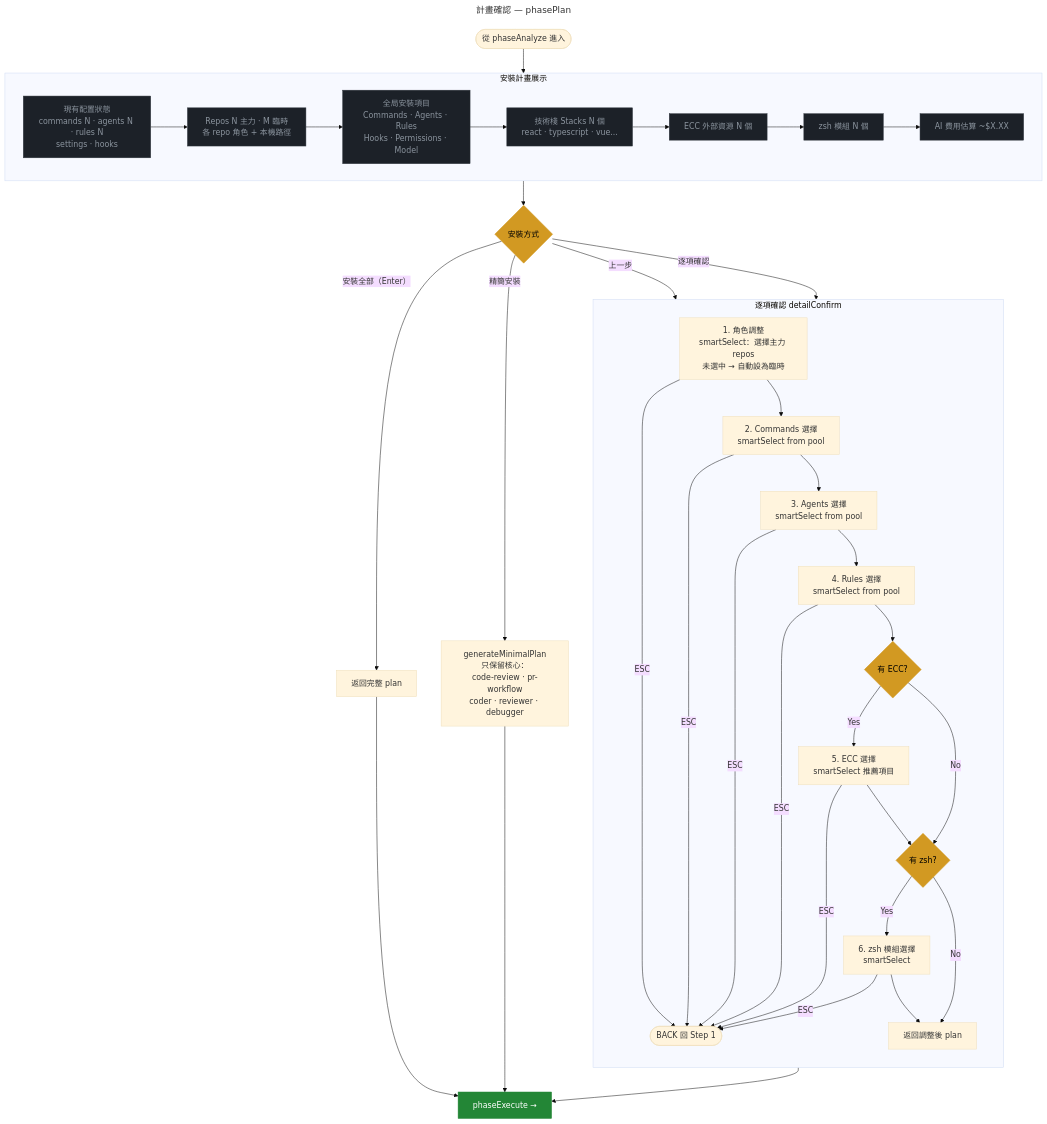
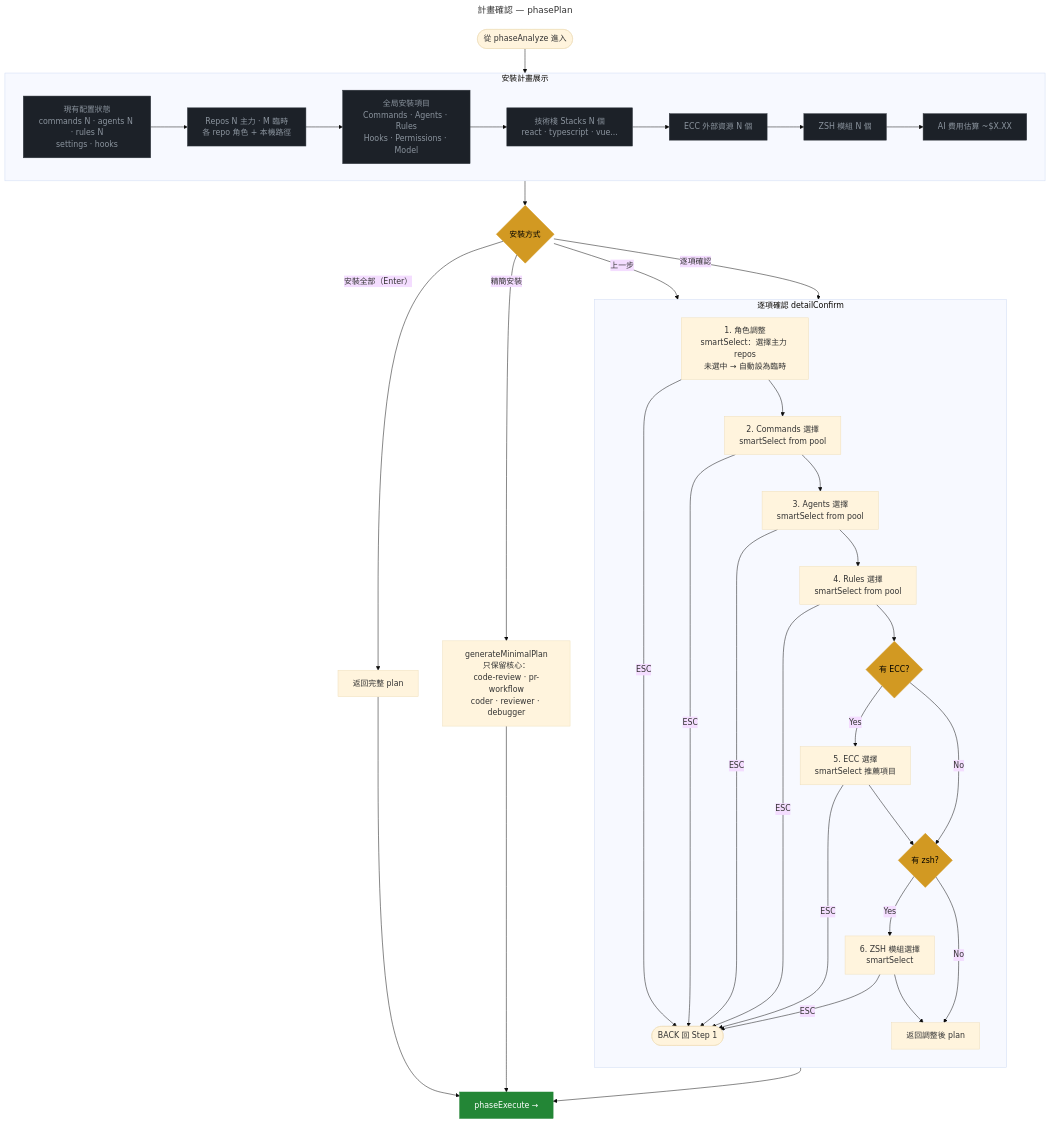
Before and after one commit to AlvinBian/ab-dotfiles: the diagram in docs/flows/phase-plan.mmd, drawn with Mermaid (base theme). The commit also changed 16 other files, not shown here.

```diff
--- a/docs/flows/phase-plan.mmd
+++ b/docs/flows/phase-plan.mmd
@@ -1,61 +1,61 @@
 ---
 title: 計畫確認 — phasePlan
 description: 展示安裝計畫 + 安裝全部/逐項確認/精簡安裝 三種模式
 links:
   - setup-main: 返回主流程
   - phase-execute: 進入安裝
 ---
 flowchart TD
     Entry([從 phaseAnalyze 進入]) --> Display
 
     subgraph Display ["安裝計畫展示"]
         D1["現有配置狀態<br/>commands N · agents N · rules N<br/>settings · hooks"]
         D1 --> D2["Repos N 主力 · M 臨時<br/>各 repo 角色 + 本機路徑"]
         D2 --> D3["全局安裝項目<br/>Commands · Agents · Rules<br/>Hooks · Permissions · Model"]
         D3 --> D4["技術棧 Stacks N 個<br/>react · typescript · vue..."]
         D4 --> D5["ECC 外部資源 N 個"]
-        D5 --> D6["zsh 模組 N 個"]
+        D5 --> D6["ZSH 模組 N 個"]
         D6 --> D7["AI 費用估算 ~$X.XX"]
     end
 
     Display --> Choice{"安裝方式"}
 
     Choice -->|"安裝全部（Enter）"| Full[返回完整 plan]
     Choice -->|"逐項確認"| Detail
     Choice -->|"精簡安裝"| Minimal["generateMinimalPlan<br/>只保留核心：<br/>code-review · pr-workflow<br/>coder · reviewer · debugger"]
     Choice -->|"上一步"| Back([BACK 回 Step 1])
 
     subgraph Detail ["逐項確認 detailConfirm"]
         direction TB
         DC1["1. 角色調整<br/>smartSelect：選擇主力 repos<br/>未選中 → 自動設為臨時"]
         DC1 -->|ESC| Back
         DC1 --> DC2["2. Commands 選擇<br/>smartSelect from pool"]
         DC2 -->|ESC| Back
         DC2 --> DC3["3. Agents 選擇<br/>smartSelect from pool"]
         DC3 -->|ESC| Back
         DC3 --> DC4["4. Rules 選擇<br/>smartSelect from pool"]
         DC4 -->|ESC| Back
         DC4 --> DC5{"有 ECC?"}
         DC5 -->|Yes| DC6["5. ECC 選擇<br/>smartSelect 推薦項目"]
         DC5 -->|No| DC7
         DC6 -->|ESC| Back
         DC6 --> DC7{"有 zsh?"}
-        DC7 -->|Yes| DC8["6. zsh 模組選擇<br/>smartSelect"]
+        DC7 -->|Yes| DC8["6. ZSH 模組選擇<br/>smartSelect"]
         DC7 -->|No| DC9
         DC8 -->|ESC| Back
         DC8 --> DC9["返回調整後 plan"]
     end
 
     Full --> Exec["phaseExecute →"]
     DC9 --> Exec
     Minimal --> Exec
 
     click Exec "#phase-execute"
 
     classDef decision fill:#d29922,color:#000,stroke:#d29922
     classDef info fill:#1c2128,color:#8b949e,stroke:#30363d
     classDef success fill:#238636,color:#fff,stroke:#238636
 
     class Choice,DC5,DC7 decision
     class D1,D2,D3,D4,D5,D6,D7 info
     class Exec success
```
